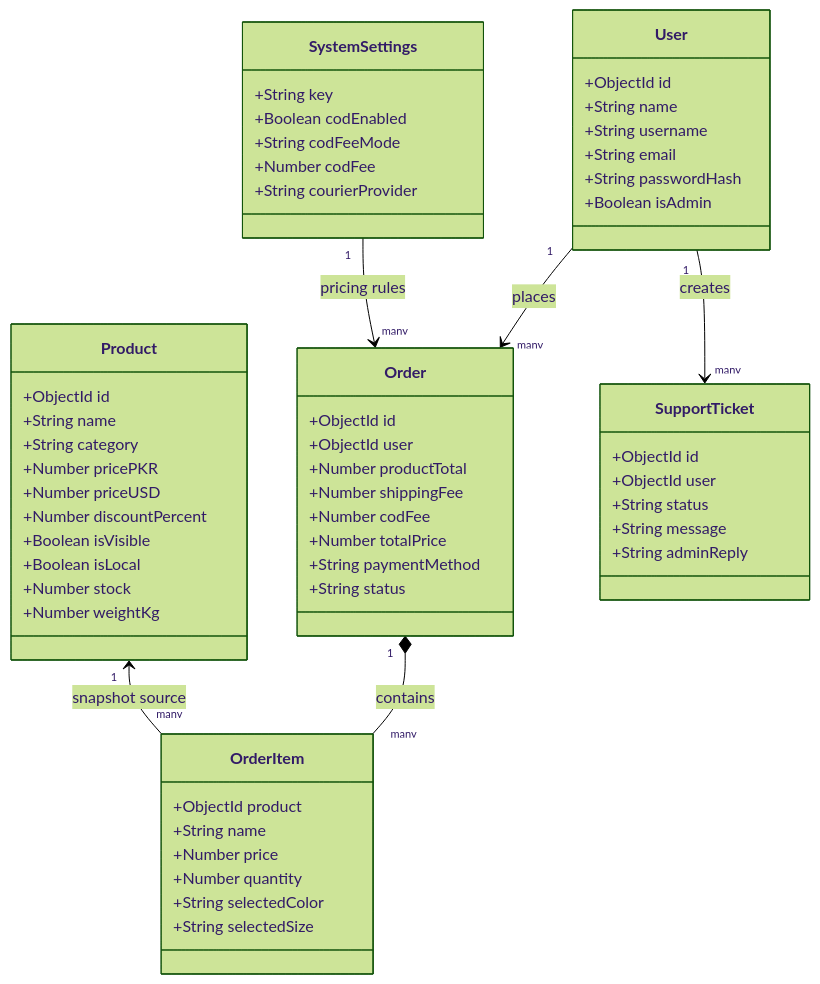
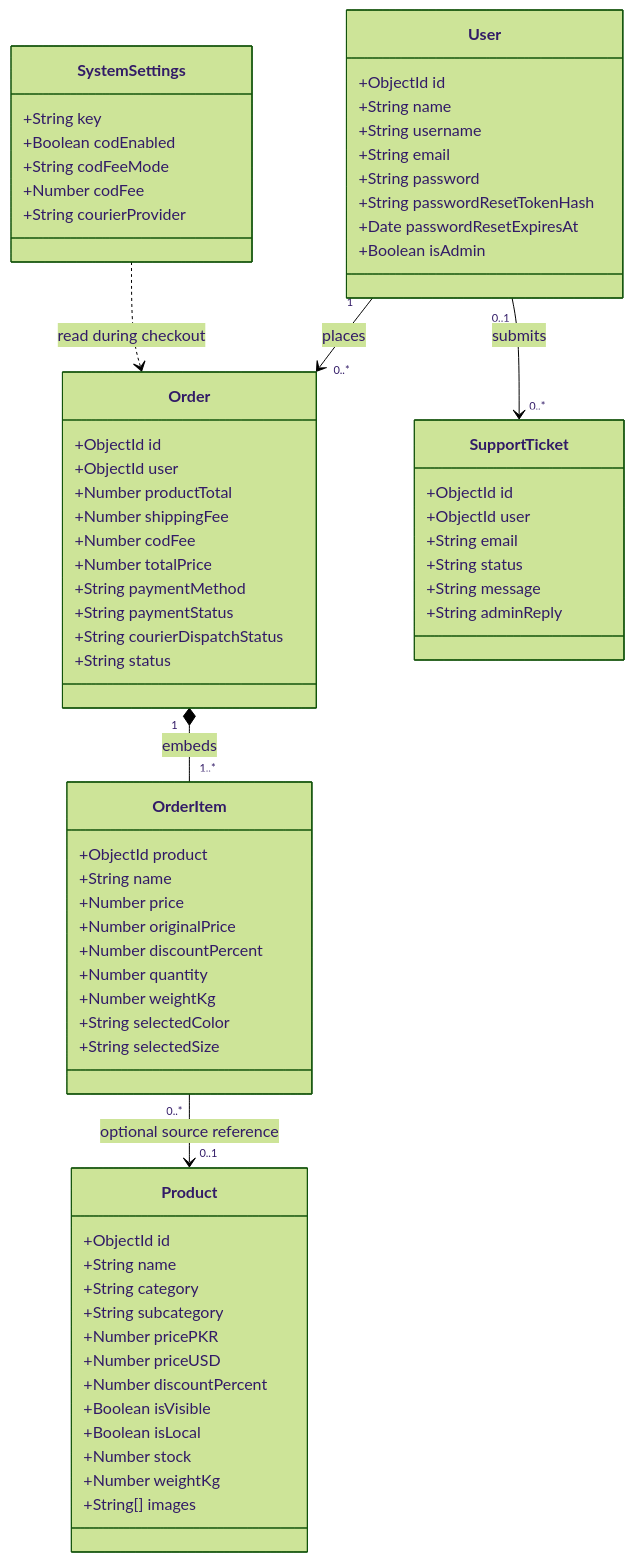
Before and after one commit to arbazfareed/e-commerce: the fourth of 6 diagrams in docs/SRD.md, drawn with Mermaid (forest theme). The commit also changed other lines of this file and 28 other files, not shown here.

````diff
--- a/docs/SRD.md
+++ b/docs/SRD.md
@@ -176,60 +176,70 @@
 ```mermaid
 classDiagram
       class User {
          +ObjectId id
          +String name
          +String username
          +String email
-         +String passwordHash
+         +String password
+         +String passwordResetTokenHash
+         +Date passwordResetExpiresAt
          +Boolean isAdmin
       }
       class Product {
          +ObjectId id
          +String name
          +String category
+         +String subcategory
          +Number pricePKR
          +Number priceUSD
          +Number discountPercent
          +Boolean isVisible
          +Boolean isLocal
          +Number stock
          +Number weightKg
+         +String[] images
       }
       class Order {
          +ObjectId id
          +ObjectId user
          +Number productTotal
          +Number shippingFee
          +Number codFee
          +Number totalPrice
          +String paymentMethod
+         +String paymentStatus
+         +String courierDispatchStatus
          +String status
       }
       class OrderItem {
          +ObjectId product
          +String name
          +Number price
+         +Number originalPrice
+         +Number discountPercent
          +Number quantity
+         +Number weightKg
          +String selectedColor
          +String selectedSize
       }
       class SupportTicket {
          +ObjectId id
          +ObjectId user
+         +String email
          +String status
          +String message
          +String adminReply
       }
       class SystemSettings {
          +String key
          +Boolean codEnabled
          +String codFeeMode
          +Number codFee
          +String courierProvider
       }
-      User "1" --> "many" Order : places
-      Order "1" *-- "many" OrderItem : contains
-      Product "1" <-- "many" OrderItem : snapshot source
-      User "1" --> "many" SupportTicket : creates
-      SystemSettings "1" --> "many" Order : pricing rules
+      User "1" --> "0..*" Order : places
+      Order "1" *-- "1..*" OrderItem : embeds
+      OrderItem "0..*" --> "0..1" Product : optional source reference
+      User "0..1" --> "0..*" SupportTicket : submits
+      SystemSettings ..> Order : read during checkout
 ```
````
